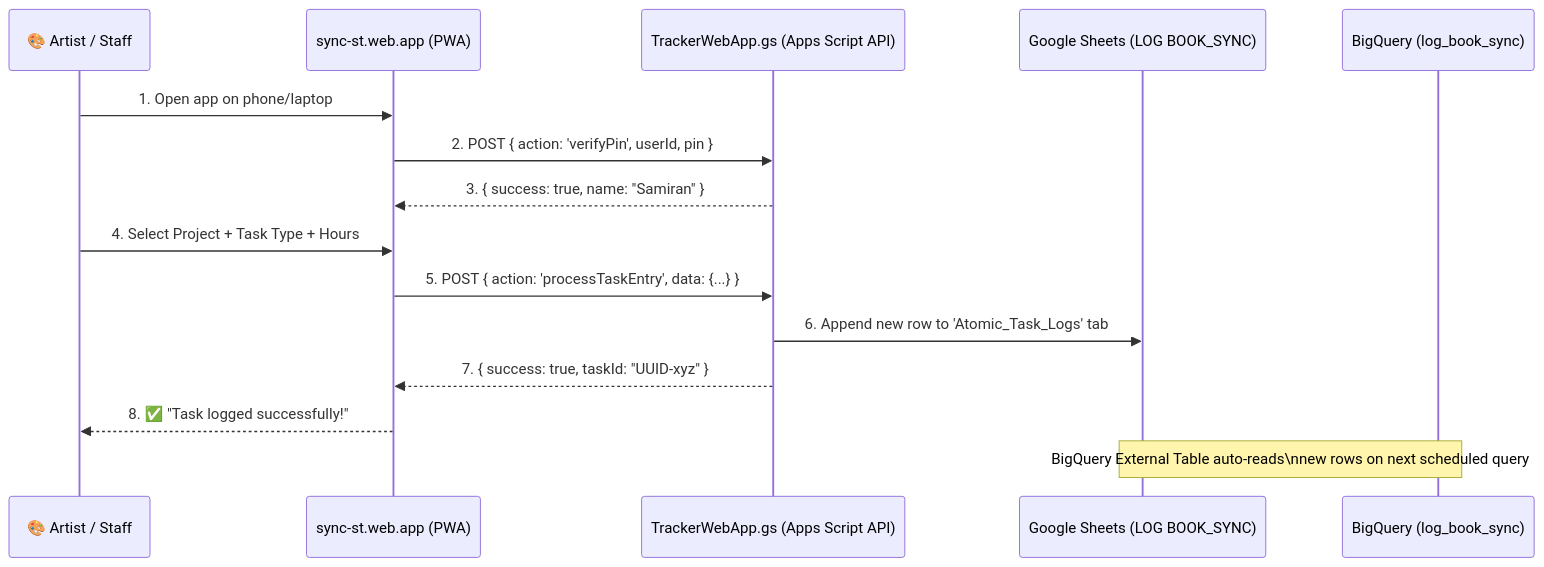
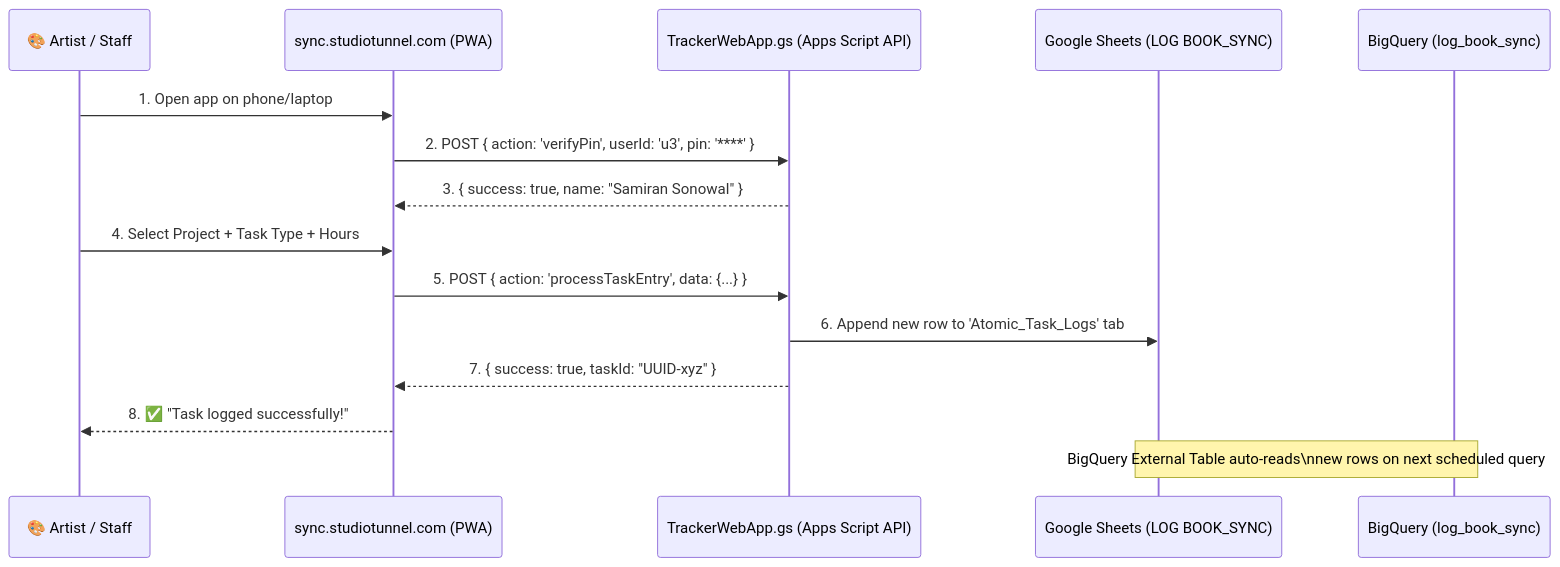
Before and after one commit to samiransonowal/sync-st: the second of 5 diagrams in documentation/SYSTEM_ARCHITECTURE_AND_OPERATIONS_MANUAL.md, drawn with Mermaid. The commit also changed other lines of this file and 100 other files, not shown here.

Commit message:
feat: sync workspace updates, ops-app React frontend source, and cloud configs

````diff
--- a/documentation/SYSTEM_ARCHITECTURE_AND_OPERATIONS_MANUAL.md
+++ b/documentation/SYSTEM_ARCHITECTURE_AND_OPERATIONS_MANUAL.md
@@ -117,18 +136,18 @@
 ```mermaid
 sequenceDiagram
     participant Artist as 🎨 Artist / Staff
-    participant OpsApp as sync-st.web.app (PWA)
+    participant OpsApp as sync.studiotunnel.com (PWA)
     participant GAS as TrackerWebApp.gs (Apps Script API)
     participant Sheet as Google Sheets (LOG BOOK_SYNC)
     participant BQ as BigQuery (log_book_sync)
 
     Artist->>OpsApp: 1. Open app on phone/laptop
-    OpsApp->>GAS: 2. POST { action: 'verifyPin', userId, pin }
-    GAS-->>OpsApp: 3. { success: true, name: "Samiran" }
+    OpsApp->>GAS: 2. POST { action: 'verifyPin', userId: 'u3', pin: '****' }
+    GAS-->>OpsApp: 3. { success: true, name: "Samiran Sonowal" }
     Artist->>OpsApp: 4. Select Project + Task Type + Hours
     OpsApp->>GAS: 5. POST { action: 'processTaskEntry', data: {...} }
     GAS->>Sheet: 6. Append new row to 'Atomic_Task_Logs' tab
     GAS-->>OpsApp: 7. { success: true, taskId: "UUID-xyz" }
     OpsApp-->>Artist: 8. ✅ "Task logged successfully!"
     Note over Sheet,BQ: BigQuery External Table auto-reads\nnew rows on next scheduled query
 ```
````
